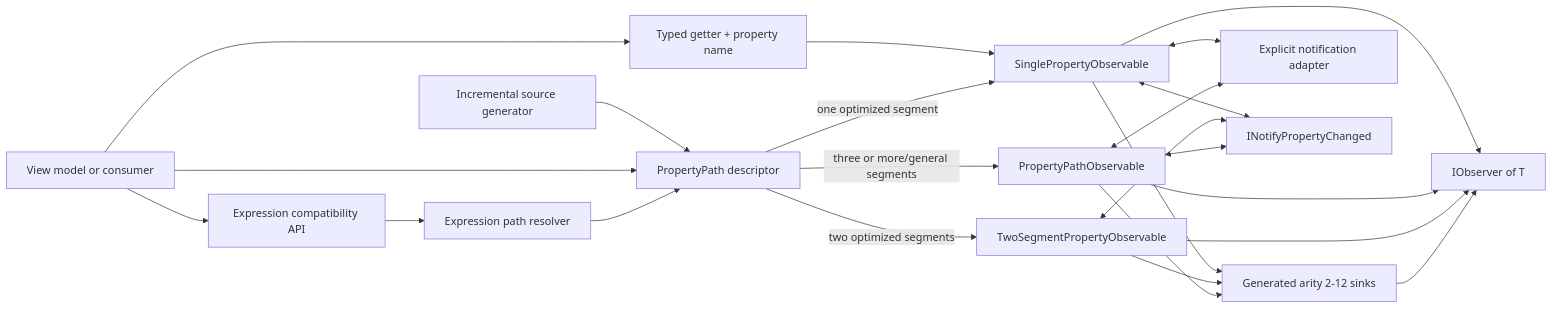
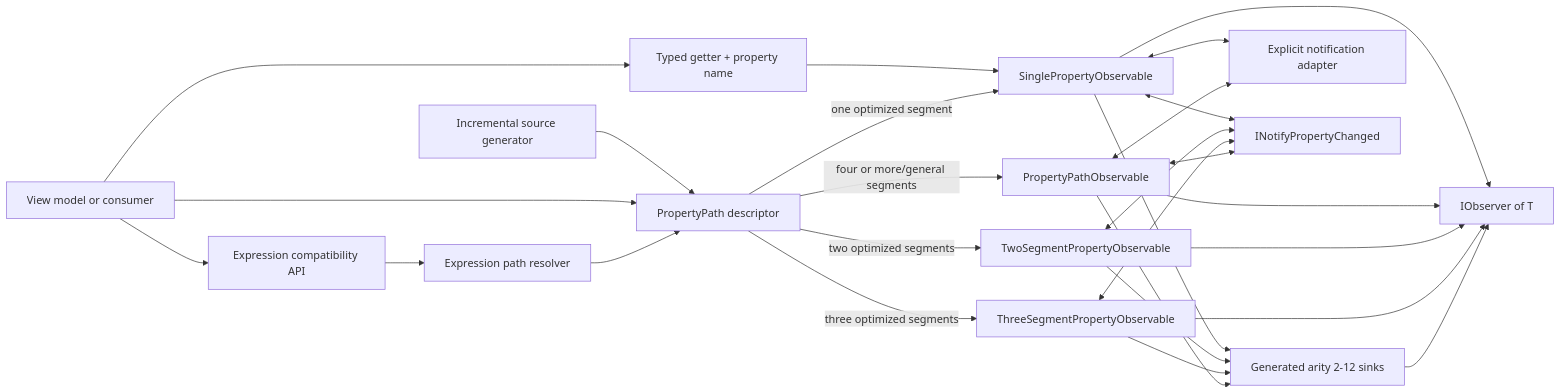
Before and after one commit to wieslawsoltes/ProMvvm: the diagram in docs/ARCHITECTURE.md, drawn with Mermaid. The commit also changed other lines of this file and 2 other files, not shown here.

Commit message:
Document nested path architecture and results

````diff
--- a/docs/ARCHITECTURE.md
+++ b/docs/ARCHITECTURE.md
@@ -21,36 +21,41 @@
 ```mermaid
 flowchart LR
     Caller[View model or consumer]
     TypedGetter[Typed getter + property name]
     TypedPath[PropertyPath descriptor]
     Generator[Incremental source generator]
     Expression[Expression compatibility API]
     Resolver[Expression path resolver]
     Single[SinglePropertyObservable]
     TwoSegment[TwoSegmentPropertyObservable]
+    ThreeSegment[ThreeSegmentPropertyObservable]
     Nested[PropertyPathObservable]
     Combine[Generated arity 2-12 sinks]
     Adapter[Explicit notification adapter]
     INPC[INotifyPropertyChanged]
     Observer[IObserver of T]
 
     Caller --> TypedGetter --> Single
     Generator --> TypedPath
     Caller --> TypedPath
     Caller --> Expression --> Resolver --> TypedPath
     TypedPath -->|one optimized segment| Single
     TypedPath -->|two optimized segments| TwoSegment
-    TypedPath -->|three or more/general segments| Nested
+    TypedPath -->|three optimized segments| ThreeSegment
+    TypedPath -->|four or more/general segments| Nested
     Single <--> INPC
     TwoSegment <--> INPC
+    ThreeSegment <--> INPC
     Nested <--> INPC
     Single <--> Adapter
     Nested <--> Adapter
     Single --> Observer
     Nested --> Observer
     TwoSegment --> Observer
+    ThreeSegment --> Observer
     Single --> Combine
     TwoSegment --> Combine
+    ThreeSegment --> Combine
     Nested --> Combine
     Combine --> Observer
 ```
````
